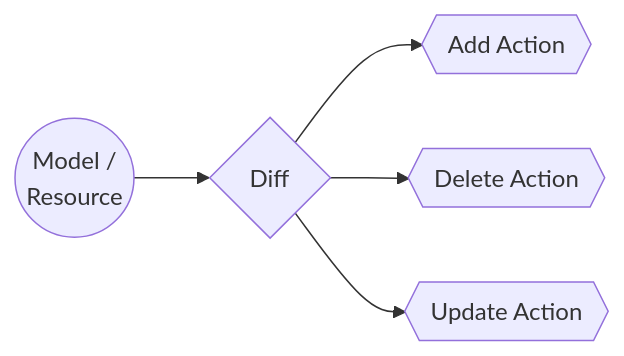
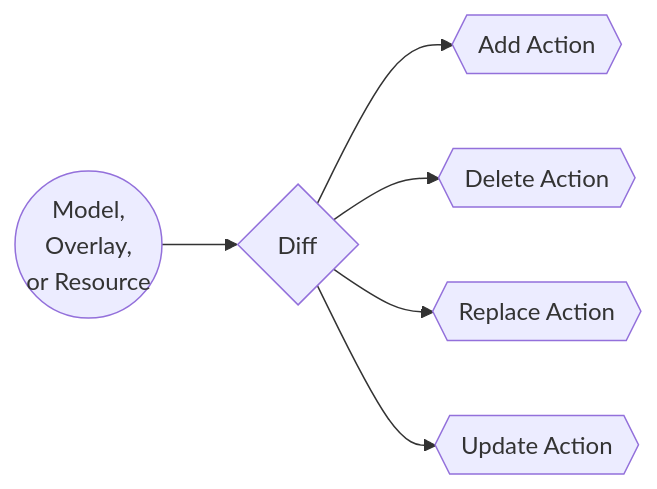
The diagram in apps/octo-docs/docs/fundamentals/actions.mdx (quadnix/octo), drawn with Mermaid before and after one commit. The commit also changed other lines of this file and 5 other files, not shown here.

Commit message:
chore(docs): octo-docs | model, resource, action fundamental docs.

````diff
--- a/apps/octo-docs/docs/fundamentals/actions.mdx
+++ b/apps/octo-docs/docs/fundamentals/actions.mdx
@@ -17,13 +29,15 @@
 ```mermaid
 graph LR;
-    model((Model /\n Resource))
+    model((Model, <br/> Overlay, <br/> or Resource))
     diff{Diff}
     addAction{{Add Action}}
     deleteAction{{Delete Action}}
+    replaceAction{{Replace Action}}
     updateAction{{Update Action}}
 
     model --> diff
     diff --> addAction
     diff --> deleteAction
+    diff --> replaceAction
     diff --> updateAction
 ```
````
